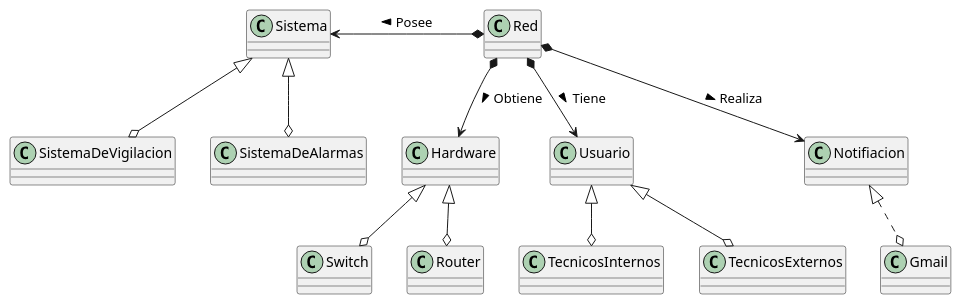
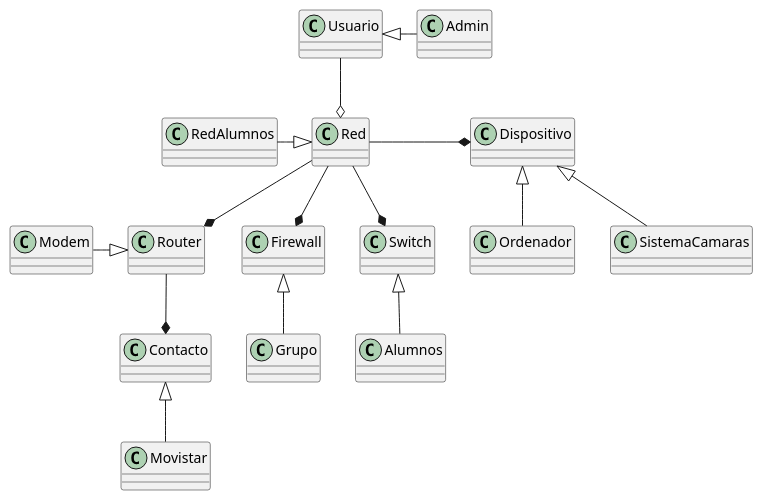
The diagram in 000-entregas/modeloDeDominio/proyectoV1.plantuml (mmasias/IdSw1-22-23), drawn with PlantUML before and after one commit. The commit also changed 4 other files, not shown here.

```diff
--- a/000-entregas/modeloDeDominio/proyectoV1.plantuml
+++ b/000-entregas/modeloDeDominio/proyectoV1.plantuml
@@ -1,26 +1,38 @@
 @startuml proyecto
 /' Diagrama de Clases -> Diagrama de Objetos -> Diagrama de estados '/
 
-class Red 
-class Sistema
-class Hardware
+class Router 
+class Firewall
+class Switch
+class Dispositivo
+class Contacto
 class Usuario
-class Notifiacion
+class Red
 
-Red  *-l-> Sistema  : Posee >
-Red *--> Hardware : Obtiene >
-Red *--> Usuario : Tiene >
-Red *--> Notifiacion : Realiza >
+Red --* Router
+Red --* Firewall
+Red --* Switch
+Red -r-* Dispositivo
+Usuario --o Red
+Router --* Contacto
 
-Sistema <|--o SistemaDeVigilacion
-Sistema <|--o SistemaDeAlarmas
+Usuario <|-r- Admin
+Red <|-l- RedAlumnos
+Router <|-l- Modem
+Contacto <|-- Movistar
+Firewall <|-- Grupo
+Switch <|-- Alumnos
+Dispositivo <|-- Ordenador
+Dispositivo <|-- SistemaCamaras
 
-Hardware <|--o Switch
-Hardware <|--o Router
+/'
+Router -r-> Firewall
+Firewall -r-> Switch
+Switch --> Dispositivo
+Router -l* Contacto
+'/
 
-Notifiacion <|..o Gmail
+/' Usuario --o Red '/
 
-Usuario <|--o TecnicosInternos
-Usuario <|--o TecnicosExternos
 
 @enduml
```
